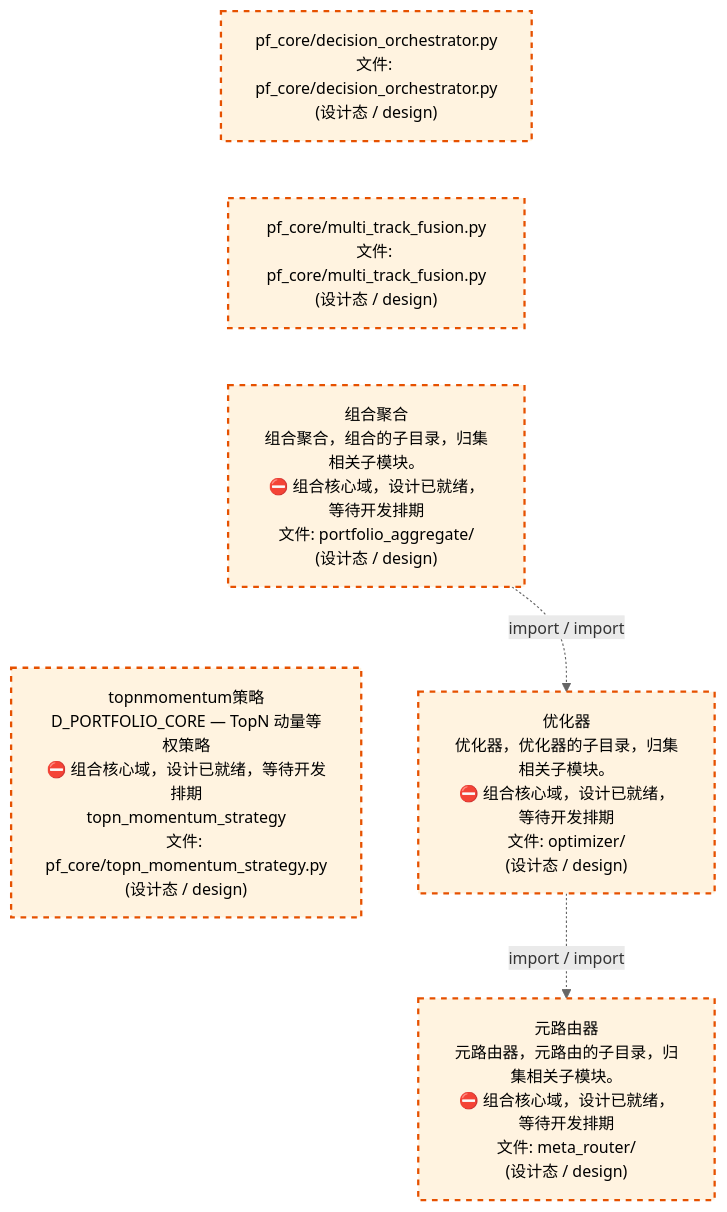
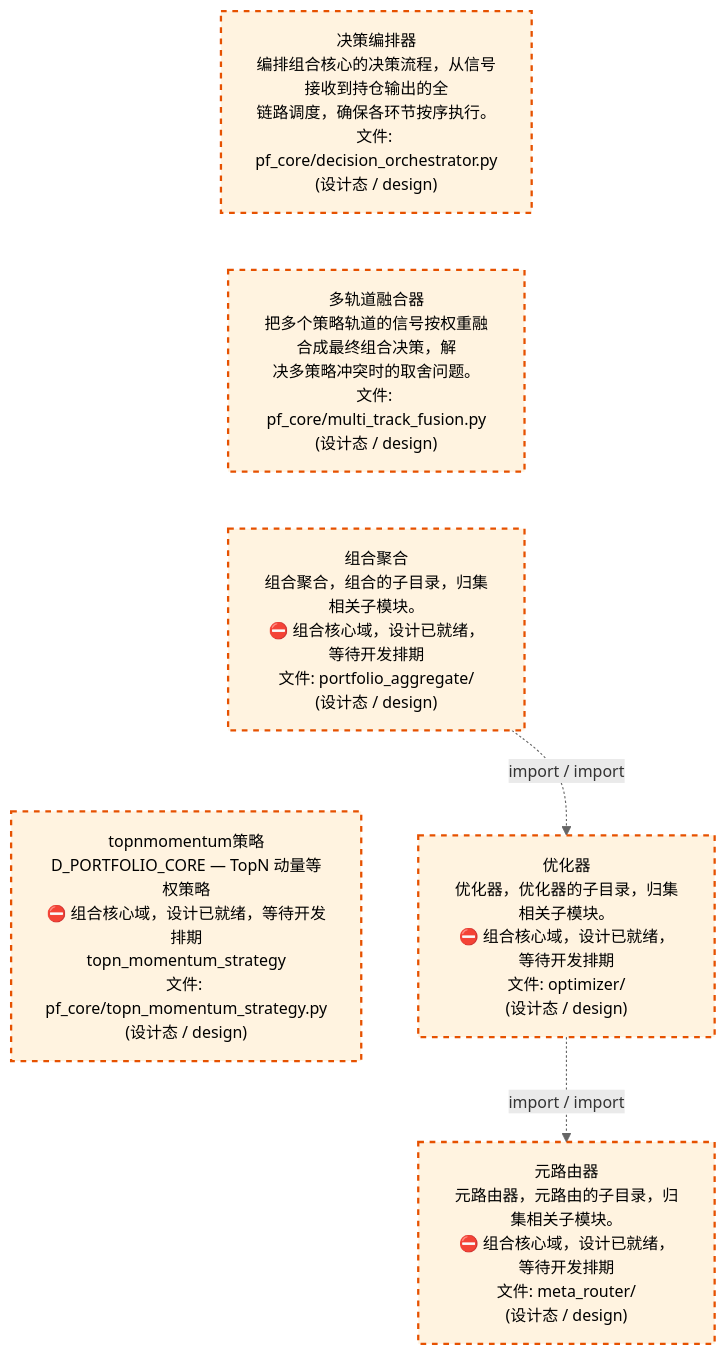
The third of 4 diagrams in docs/02_enterprise_architecture/02_domain_architecture_docs/63_d_pf_core.md (xuanFelixVan/ZephyrAlpha), drawn with Mermaid before and after one commit. The commit also changed other lines of this file and 60 other files, not shown here.

````diff
--- a/docs/02_enterprise_architecture/02_domain_architecture_docs/63_d_pf_core.md
+++ b/docs/02_enterprise_architecture/02_domain_architecture_docs/63_d_pf_core.md
@@ -180,20 +180,20 @@
 ```mermaid
 %%{init: {'theme': 'base', 'themeVariables': {'primaryColor': '#eaeaea', 'primaryTextColor': '#333333', 'primaryBorderColor': '#666666', 'lineColor': '#666666', 'secondaryColor': '#eaeaea', 'tertiaryColor': '#eaeaea', 'fontSize': '14px'}}}%%
 flowchart TD
-    src_zephyr_pf_core_decision_orchestrator_py["pf_core/decision_orchestrator.py<br/>文件: pf_core/decision_orchestrator.py<br/>(设计态 / design)"]
-    src_zephyr_pf_core_multi_track_fusion_py["pf_core/multi_track_fusion.py<br/>文件: pf_core/multi_track_fusion.py<br/>(设计态 / design)"]
+    src_zephyr_pf_core_decision_orchestrator_py["决策编排器<br/>编排组合核心的决策流程，从信号接收到持仓输出的全<br/>链路调度，确保各环节按序执行。<br/>文件: pf_core/decision_orchestrator.py<br/>(设计态 / design)"]
+    src_zephyr_pf_core_multi_track_fusion_py["多轨道融合器<br/>把多个策略轨道的信号按权重融合成最终组合决策，解<br/>决多策略冲突时的取舍问题。<br/>文件: pf_core/multi_track_fusion.py<br/>(设计态 / design)"]
     src_zephyr_pf_core_portfolio_aggregate["组合聚合<br/>组合聚合，组合的子目录，归集相关子模块。<br/>⛔ 组合核心域，设计已就绪，等待开发排期<br/>文件: portfolio_aggregate/<br/>(设计态 / design)"]
     src_zephyr_pf_core_topn_momentum_strategy_py["topnmomentum策略<br/>D_PORTFOLIO_CORE — TopN 动量等权策略<br/>⛔ 组合核心域，设计已就绪，等待开发排期<br/>topn_momentum_strategy<br/>文件: pf_core/topn_momentum_strategy.py<br/>(设计态 / design)"]
     src_zephyr_pf_core_decision_orchestrator_py ~~~ src_zephyr_pf_core_multi_track_fusion_py
     src_zephyr_pf_core_multi_track_fusion_py ~~~ src_zephyr_pf_core_portfolio_aggregate
     src_zephyr_pf_core_portfolio_aggregate ~~~ src_zephyr_pf_core_topn_momentum_strategy_py
     src_zephyr_pf_core_optimizer["优化器<br/>优化器，优化器的子目录，归集相关子模块。<br/>⛔ 组合核心域，设计已就绪，等待开发排期<br/>文件: optimizer/<br/>(设计态 / design)"]
     src_zephyr_pf_core_meta_router["元路由器<br/>元路由器，元路由的子目录，归集相关子模块。<br/>⛔ 组合核心域，设计已就绪，等待开发排期<br/>文件: meta_router/<br/>(设计态 / design)"]
     src_zephyr_pf_core_optimizer -.->|import / import| src_zephyr_pf_core_meta_router
     src_zephyr_pf_core_portfolio_aggregate -.->|import / import| src_zephyr_pf_core_optimizer
     classDef production fill:#e1f5fe,stroke:#01579b,stroke-width:2px,color:#000
     classDef design fill:#fff3e0,stroke:#e65100,stroke-width:2px,color:#000,stroke-dasharray: 5 5
     classDef external_prod fill:#e8f4fd,stroke:#0277bd,stroke-width:1px,color:#000
     classDef external_design fill:#fff8e7,stroke:#ef6c00,stroke-width:1px,color:#000,stroke-dasharray: 5 5
     class src_zephyr_pf_core_decision_orchestrator_py,src_zephyr_pf_core_meta_router,src_zephyr_pf_core_multi_track_fusion_py,src_zephyr_pf_core_optimizer,src_zephyr_pf_core_portfolio_aggregate,src_zephyr_pf_core_topn_momentum_strategy_py design
 ```
````
